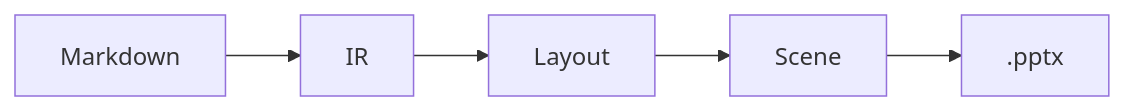
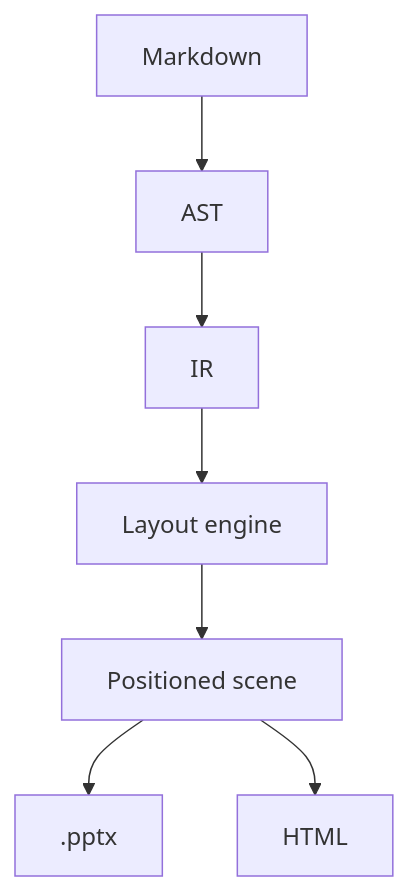
One commit to julien-riel/lutrin changed the diagram in examples/demo.deck.md. Above: the diagram before and after it, drawn with Mermaid. The commit also changed other lines of this file and 1 other file, not shown here.

````diff
--- a/examples/demo.deck.md
+++ b/examples/demo.deck.md
@@ -41,7 +80,9 @@
 ```mermaid
-flowchart LR
-  A[Markdown] --> B[IR]
-  B --> C[Layout]
-  C --> D[Scene]
-  D --> E[.pptx]
+flowchart TD
+  MD[Markdown] --> AST[AST]
+  AST --> IR[IR]
+  IR --> LAY[Layout engine]
+  LAY --> SCENE[Positioned scene]
+  SCENE --> PPTX[.pptx]
+  SCENE --> HTML[HTML]
 ```
````
